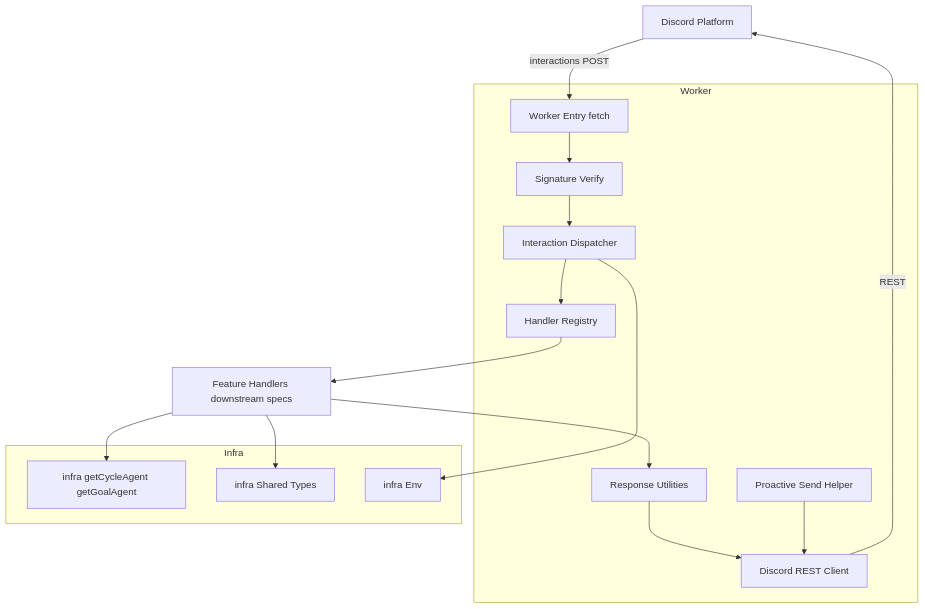
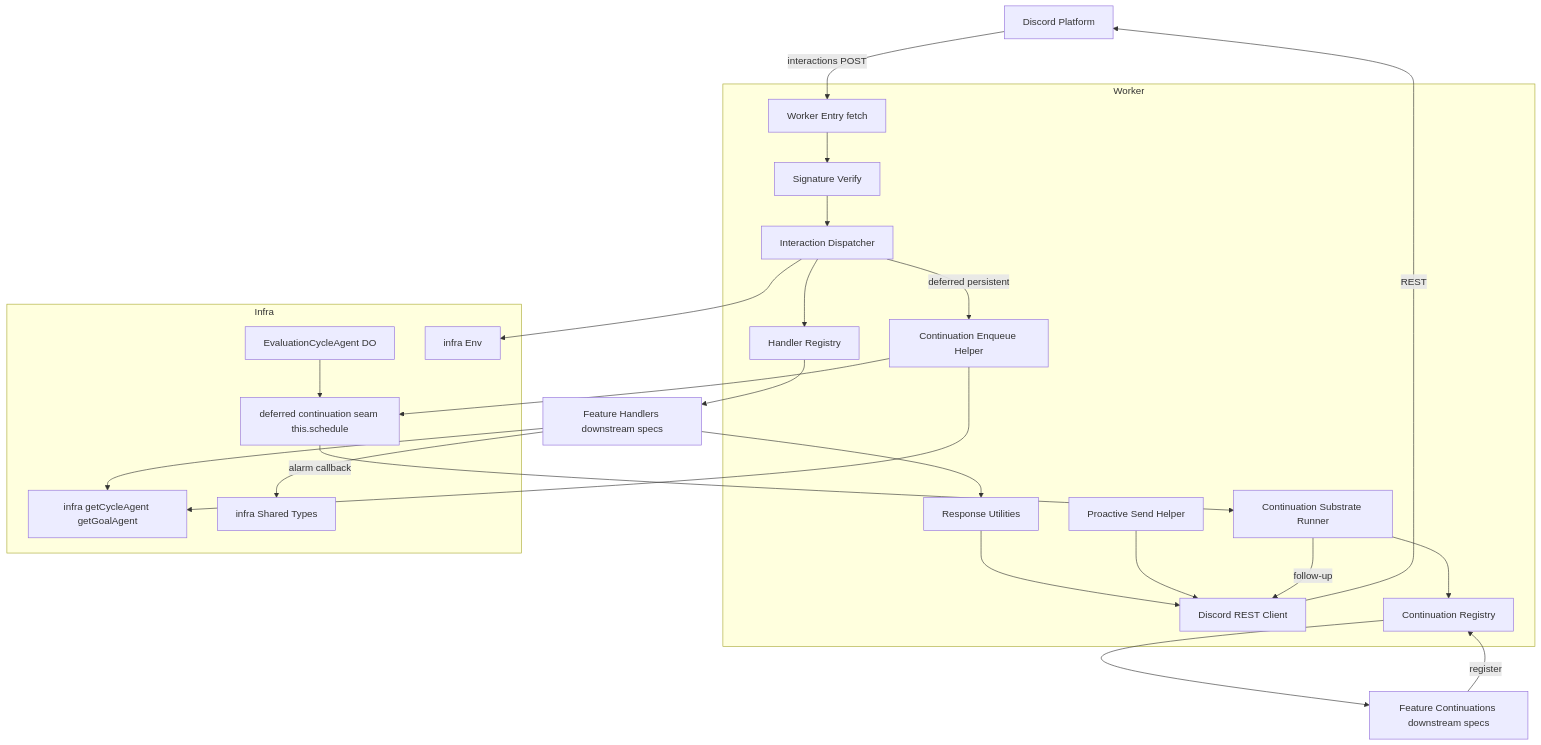
The first of 5 diagrams in .kiro/specs/discord-gateway/design.md (aGFydWtp/goal-agent), drawn with Mermaid before and after one commit. The commit also changed other lines of this file and 3 other files, not shown here.

````diff
--- a/.kiro/specs/discord-gateway/design.md
+++ b/.kiro/specs/discord-gateway/design.md
@@ -62,31 +72,46 @@
 ```mermaid
 graph TB
     Discord[Discord Platform]
     subgraph Worker
         Entry[Worker Entry fetch]
         Verify[Signature Verify]
         Dispatch[Interaction Dispatcher]
         Registry[Handler Registry]
         Resp[Response Utilities]
         Rest[Discord REST Client]
         Proactive[Proactive Send Helper]
+        ContReg[Continuation Registry]
+        Enqueue[Continuation Enqueue Helper]
+        Substrate[Continuation Substrate Runner]
     end
     subgraph Infra
         Routing[infra getCycleAgent getGoalAgent]
+        CycleAgent[EvaluationCycleAgent DO]
+        Seam[deferred continuation seam this.schedule]
         Types[infra Shared Types]
         EnvT[infra Env]
     end
     Handlers[Feature Handlers downstream specs]
+    Continuations[Feature Continuations downstream specs]
     Discord -->|interactions POST| Entry
     Entry --> Verify
     Verify --> Dispatch
     Dispatch --> Registry
     Registry --> Handlers
     Handlers --> Resp
     Handlers --> Routing
     Resp --> Rest
     Proactive --> Rest
     Rest -->|REST| Discord
     Dispatch --> EnvT
     Handlers --> Types
+    Dispatch -->|deferred persistent| Enqueue
+    Enqueue --> Routing
+    Enqueue --> Seam
+    CycleAgent --> Seam
+    Seam -->|alarm callback| Substrate
+    Substrate --> ContReg
+    ContReg --> Continuations
+    Substrate -->|follow-up| Rest
+    Continuations -->|register| ContReg
 ```
````
